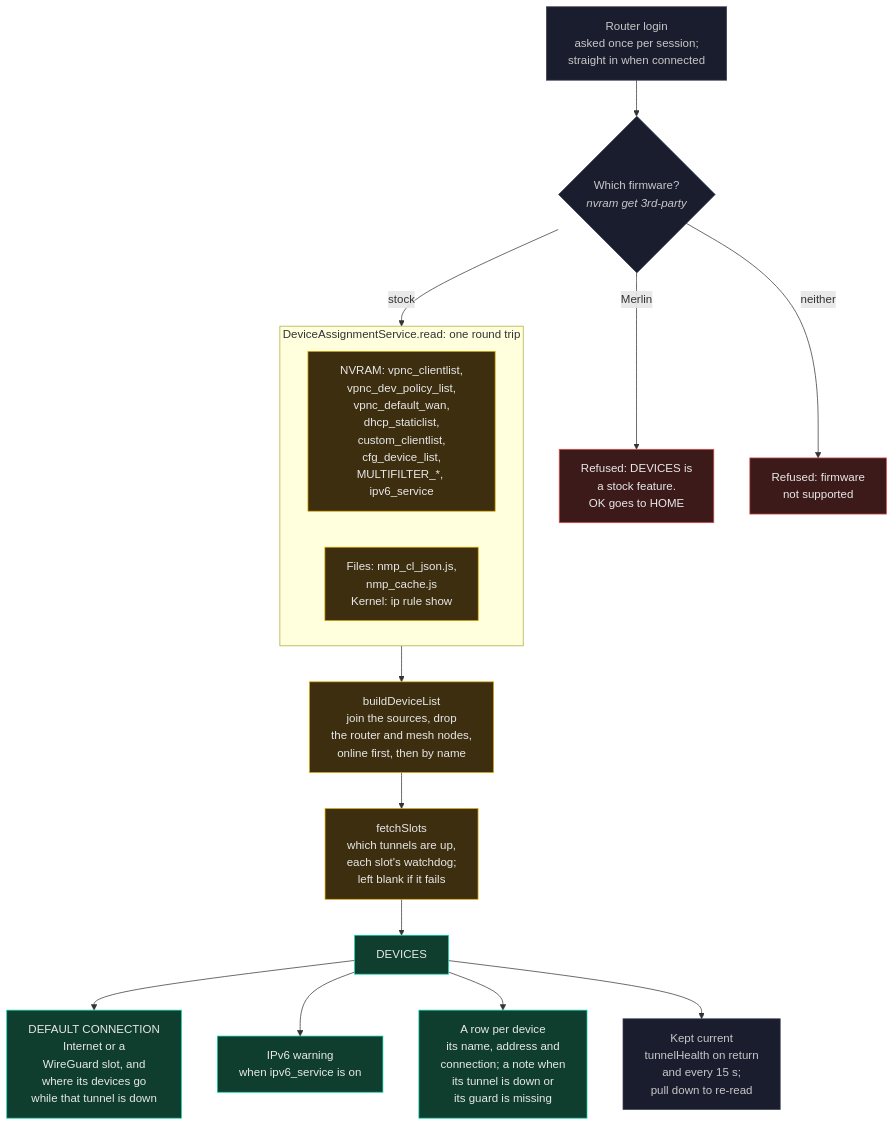
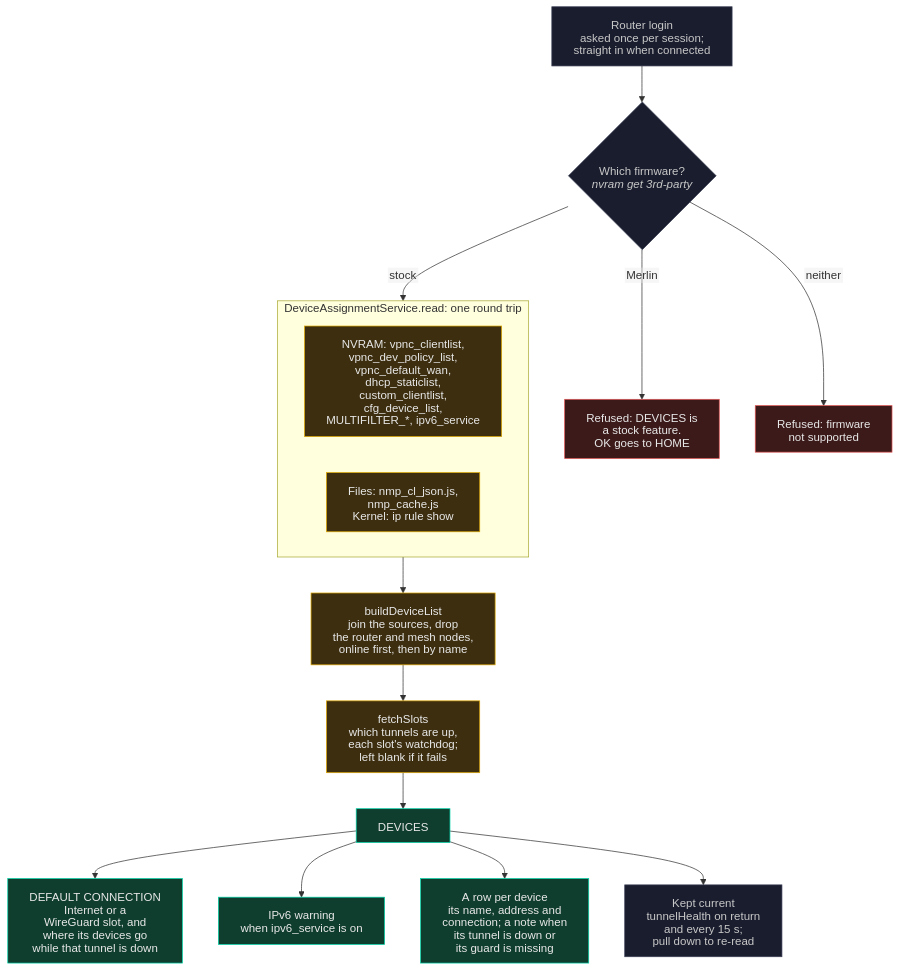
The fifth of 13 diagrams in ARCHITECTURE.md (ExponentiallyDigital/cfg-pia-wg), drawn with Mermaid before and after one commit. The commit also changed other lines of this file and 5 other files, not shown here.

Commit message:
v0.8.188 build 558 - Mermaid labels drawn as SVG text so they aren't clipped on Android, and README test figures updated

````diff
--- a/ARCHITECTURE.md
+++ b/ARCHITECTURE.md
@@ -295,29 +299,31 @@
 ```mermaid
+%%{init: {"htmlLabels": false, "flowchart": {"wrappingWidth": 400}}}%%
 flowchart TB
-    L["Router login<br/>asked once per session;<br/>straight in when connected"] --> F{"Which firmware?<br/><i>nvram get 3rd-party</i>"}
+    L["Router login<br/>asked once per session;<br/>straight in when connected"] --> F{"`Which firmware?
+*nvram get 3rd-party*`"}
     F -->|"Merlin"| FM["Refused: DEVICES is<br/>a stock feature.<br/>OK goes to HOME"]
     F -->|"neither"| FU["Refused: firmware<br/>not supported"]
     F -->|"stock"| READ
 
     subgraph READ["DeviceAssignmentService.read: one round trip"]
         R1["NVRAM: vpnc_clientlist,<br/>vpnc_dev_policy_list,<br/>vpnc_default_wan,<br/>dhcp_staticlist,<br/>custom_clientlist,<br/>cfg_device_list,<br/>MULTIFILTER_*, ipv6_service"]
         R2["Files: nmp_cl_json.js,<br/>nmp_cache.js<br/>Kernel: ip rule show"]
     end
 
     READ --> B["buildDeviceList<br/>join the sources, drop<br/>the router and mesh nodes,<br/>online first, then by name"]
     B --> FS["fetchSlots<br/>which tunnels are up,<br/>each slot's watchdog;<br/>left blank if it fails"]
     FS --> S["DEVICES"]
     S --> P1["DEFAULT CONNECTION<br/>Internet or a<br/>WireGuard slot, and<br/>where its devices go<br/>while that tunnel is down"]
     S --> P2["IPv6 warning<br/>when ipv6_service is on"]
     S --> P3["A row per device<br/>its name, address and<br/>connection; a note when<br/>its tunnel is down or<br/>its guard is missing"]
     S --> K["Kept current<br/>tunnelHealth on return<br/>and every 15 s;<br/>pull down to re-read"]
 
     classDef go fill:#0F3D2E,stroke:#00D4AA,color:#E8E8E8
     classDef bad fill:#3D1A1A,stroke:#E05252,color:#E8E8E8
     classDef work fill:#3D2E0F,stroke:#E0A800,color:#E8E8E8
     classDef step fill:#1A1D2E,stroke:#3A3F55,color:#C8C8C8
     class S,P1,P2,P3 go
     class FM,FU bad
     class R1,R2,B,FS work
     class L,F,K step
 ```
````
